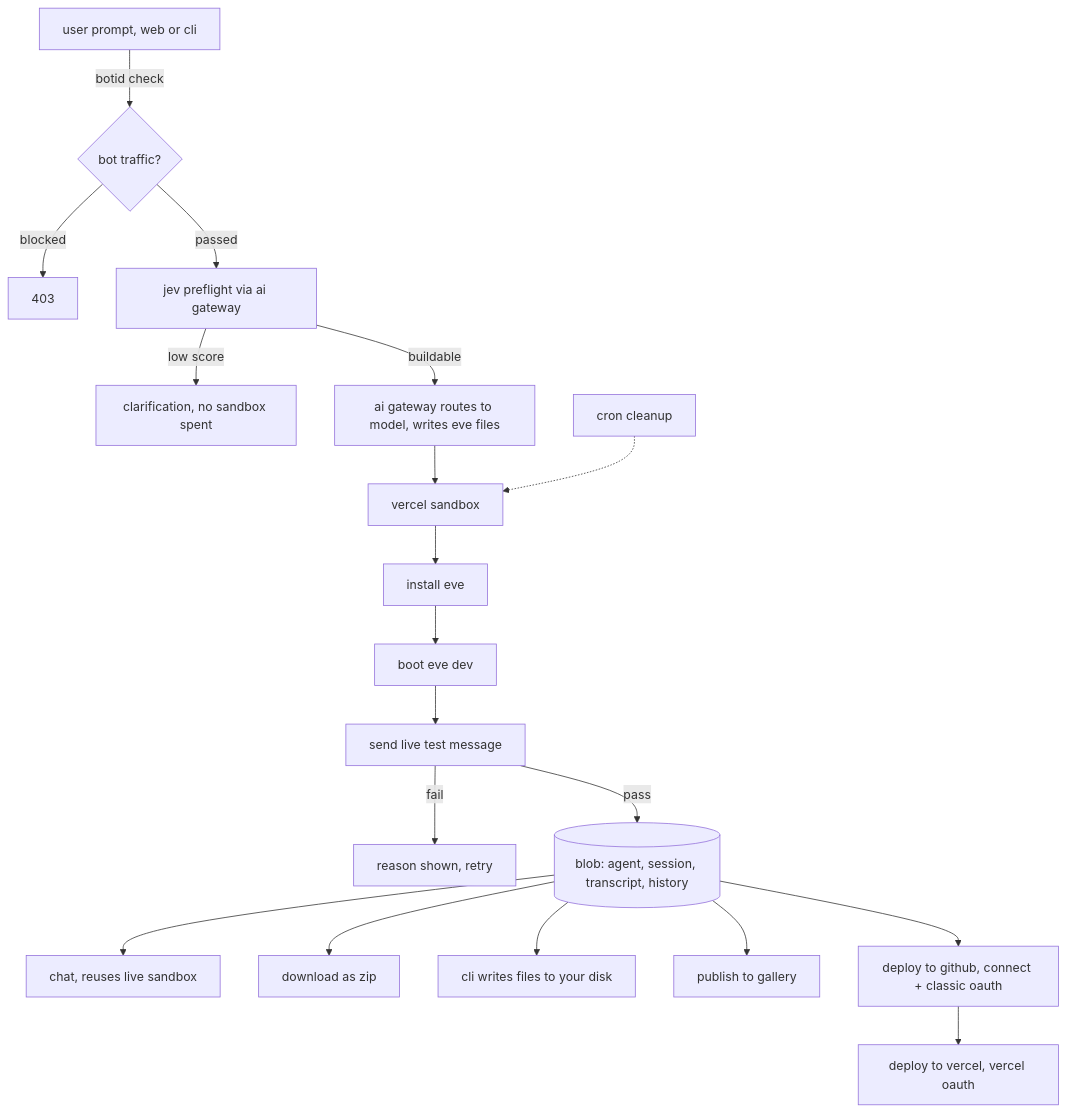
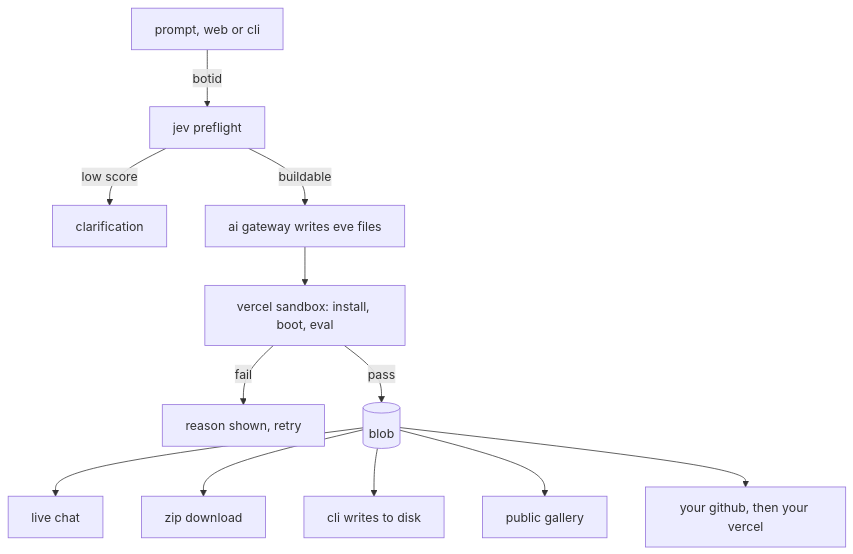
Before and after one commit to AbhiVarde/tryeve: the diagram in README.md, drawn with Mermaid. The commit also changed other lines of this file, not shown here.

Commit message:
docs: restructure readme around web, cli and agent skill

````diff
--- a/README.md
+++ b/README.md
@@ -138,21 +112,14 @@
 ```mermaid
 flowchart TD
-  Prompt[user prompt, web or cli] -->|botid check| Bot{bot traffic?}
-  Bot -->|blocked| Reject[403]
-  Bot -->|passed| Preflight[jev preflight via ai gateway]
-  Preflight -->|low score| Clarify[clarification, no sandbox spent]
-  Preflight -->|buildable| Gen[ai gateway routes to model, writes eve files]
-  Gen --> Sandbox[vercel sandbox]
-  Sandbox --> Install[install eve]
-  Install --> Boot[boot eve dev]
-  Boot --> Test[send live test message]
-  Test -->|fail| Retry[reason shown, retry]
-  Test -->|pass| Store[(blob: agent, session, transcript, history)]
-  Store --> Chat[chat, reuses live sandbox]
-  Store --> Download[download as zip]
-  Store --> Disk[cli writes files to your disk]
-  Store --> Gallery[publish to gallery]
-  Store --> GithubDeploy[deploy to github, connect + classic oauth]
-  GithubDeploy --> VercelDeploy[deploy to vercel, vercel oauth]
-  Cron[cron cleanup] -.-> Sandbox
+  Prompt[prompt, web or cli] -->|botid| Preflight[jev preflight]
+  Preflight -->|low score| Clarify[clarification]
+  Preflight -->|buildable| Gen[ai gateway writes eve files]
+  Gen --> Sandbox[vercel sandbox: install, boot, eval]
+  Sandbox -->|fail| Retry[reason shown, retry]
+  Sandbox -->|pass| Store[(blob)]
+  Store --> Chat[live chat]
+  Store --> Zip[zip download]
+  Store --> Disk[cli writes to disk]
+  Store --> Gallery[public gallery]
+  Store --> Deploy[your github, then your vercel]
 ```
````
